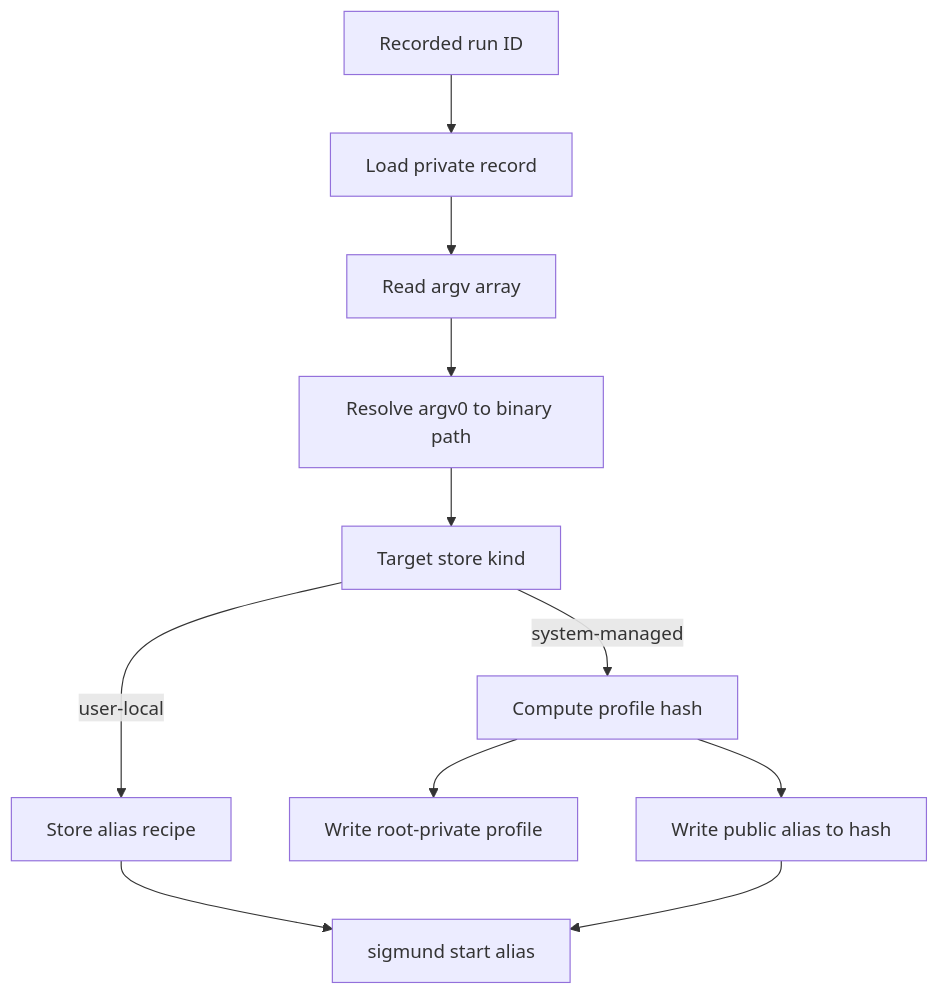
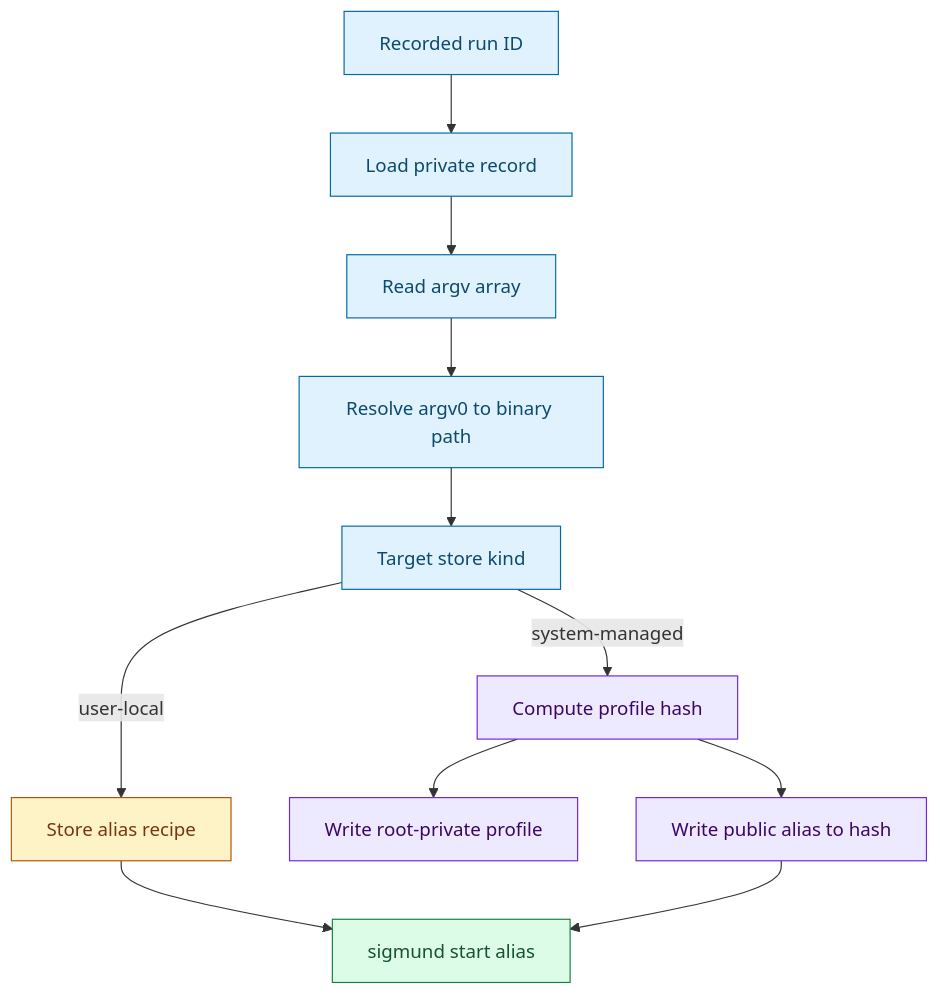
One commit to RchGrav/onhold changed the first of 2 diagrams in docs/profiles-and-aliases.md. Above: the diagram before and after it, drawn with Mermaid. The commit also changed other lines of this file and 13 other files, not shown here.

````diff
--- a/docs/profiles-and-aliases.md
+++ b/docs/profiles-and-aliases.md
@@ -12,13 +14,22 @@
 ```mermaid
 flowchart TD
     Run["Recorded run ID"] --> Load["Load private record"]
     Load --> Args["Read argv array"]
     Args --> Bin["Resolve argv0 to binary path"]
     Bin --> Scope["Target store kind"]
     Scope -->|user-local| Recipe["Store alias recipe"]
     Scope -->|system-managed| Hash["Compute profile hash"]
     Hash --> Profile["Write root-private profile"]
     Hash --> PublicAlias["Write public alias to hash"]
     Recipe --> Future["sigmund start alias"]
     PublicAlias --> Future
+
+    classDef source fill:#e0f2fe,stroke:#0369a1,color:#0c4a6e
+    classDef recipe fill:#fef3c7,stroke:#b45309,color:#78350f
+    classDef hash fill:#ede9fe,stroke:#6d28d9,color:#3b0764
+    classDef launch fill:#dcfce7,stroke:#15803d,color:#14532d
+    class Run,Load,Args,Bin,Scope source
+    class Recipe recipe
+    class Hash,Profile,PublicAlias hash
+    class Future launch
 ```
````
